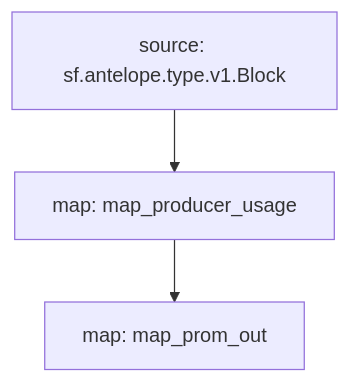
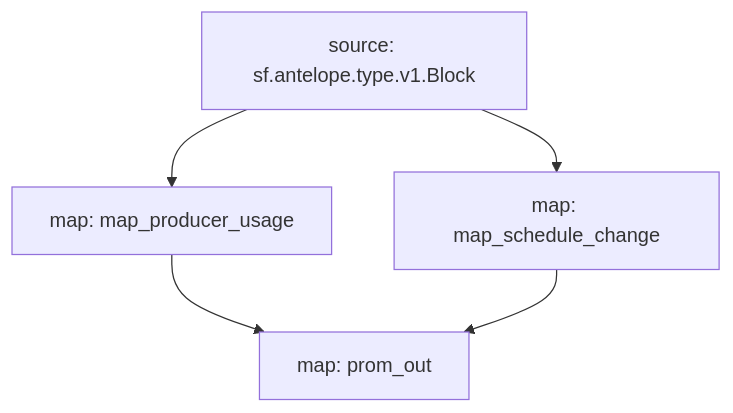
One commit to pinax-network/substreams changed the diagram in eosmechanics/README.md. Above: the diagram before and after it, drawn with Mermaid. The commit also changed other lines of this file and 9 other files, not shown here.

````diff
--- a/eosmechanics/README.md
+++ b/eosmechanics/README.md
@@ -26,7 +23,10 @@
 ```mermaid
 graph TD;
   map_producer_usage[map: map_producer_usage]
   sf.antelope.type.v1.Block[source: sf.antelope.type.v1.Block] --> map_producer_usage
-  map_prom_out[map: map_prom_out]
-  map_producer_usage --> map_prom_out
+  map_schedule_change[map: map_schedule_change]
+  sf.antelope.type.v1.Block[source: sf.antelope.type.v1.Block] --> map_schedule_change
+  prom_out[map: prom_out]
+  map_producer_usage --> prom_out
+  map_schedule_change --> prom_out
 ```
````
